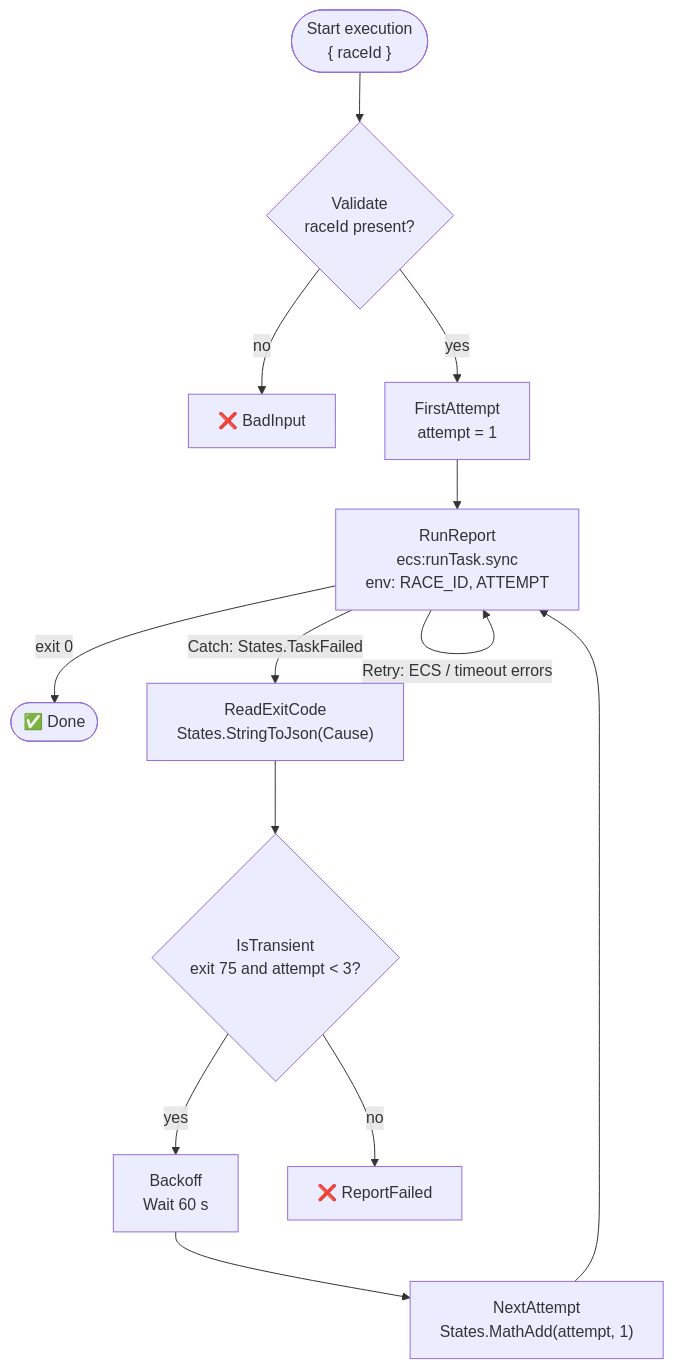
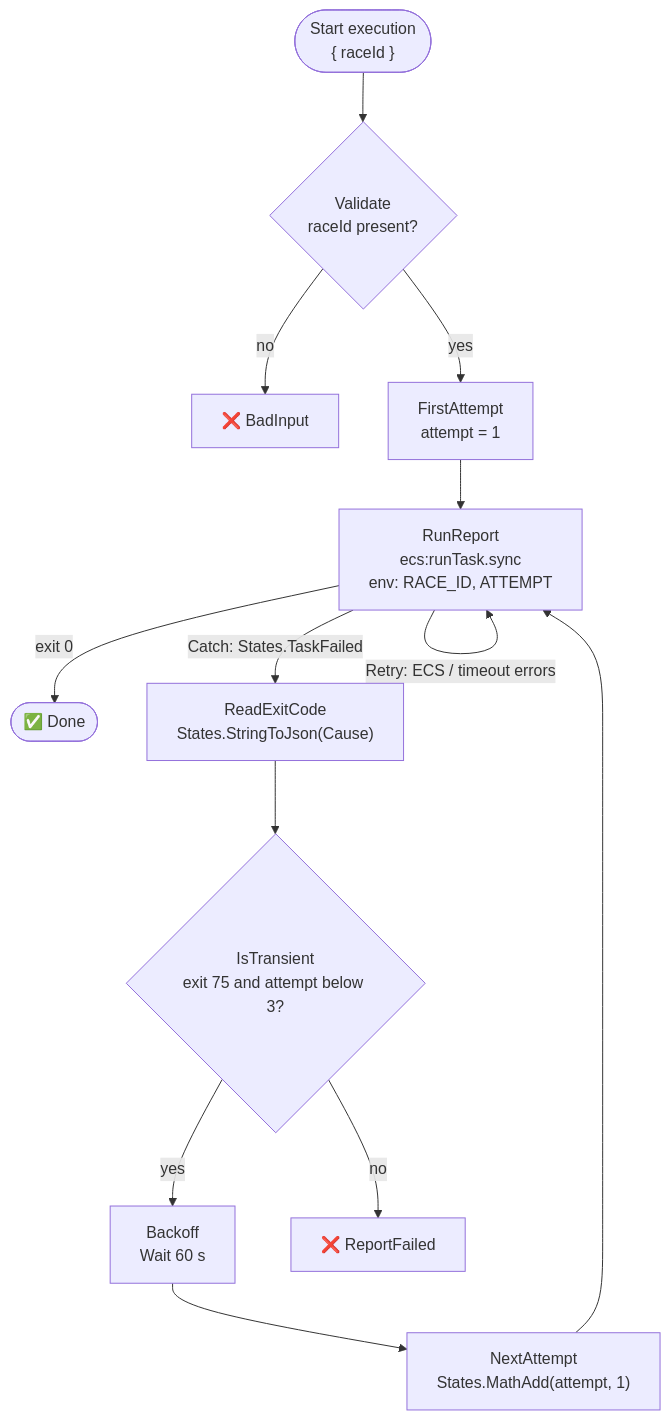
One commit to atonyhonesto/csharp-fargate-stepfunctions changed the diagram in README.md. Above: the diagram before and after it, drawn with Mermaid.

Commit message:
README: avoid '<' in a diagram label
Claude-Session: https://claude.ai/code/session_01MX1pgdBHpBUXQF8RAqhMVk

````diff
--- a/README.md
+++ b/README.md
@@ -23,11 +23,11 @@
 ```mermaid
 flowchart TB
     S(["Start execution<br/>{ raceId }"]) --> V{"Validate<br/>raceId present?"}
     V -- no --> BI["❌ BadInput"]
     V -- yes --> F["FirstAttempt<br/>attempt = 1"] --> R["RunReport<br/>ecs:runTask.sync<br/>env: RACE_ID, ATTEMPT"]
     R -- "exit 0" --> D(["✅ Done"])
     R -- "Retry: ECS / timeout errors" --> R
-    R -- "Catch: States.TaskFailed" --> X["ReadExitCode<br/>States.StringToJson(Cause)"] --> T{"IsTransient<br/>exit 75 and attempt < 3?"}
+    R -- "Catch: States.TaskFailed" --> X["ReadExitCode<br/>States.StringToJson(Cause)"] --> T{"IsTransient<br/>exit 75 and attempt below 3?"}
     T -- yes --> W["Backoff<br/>Wait 60 s"] --> N["NextAttempt<br/>States.MathAdd(attempt, 1)"] --> R
     T -- no --> RF["❌ ReportFailed"]
 ```
````
